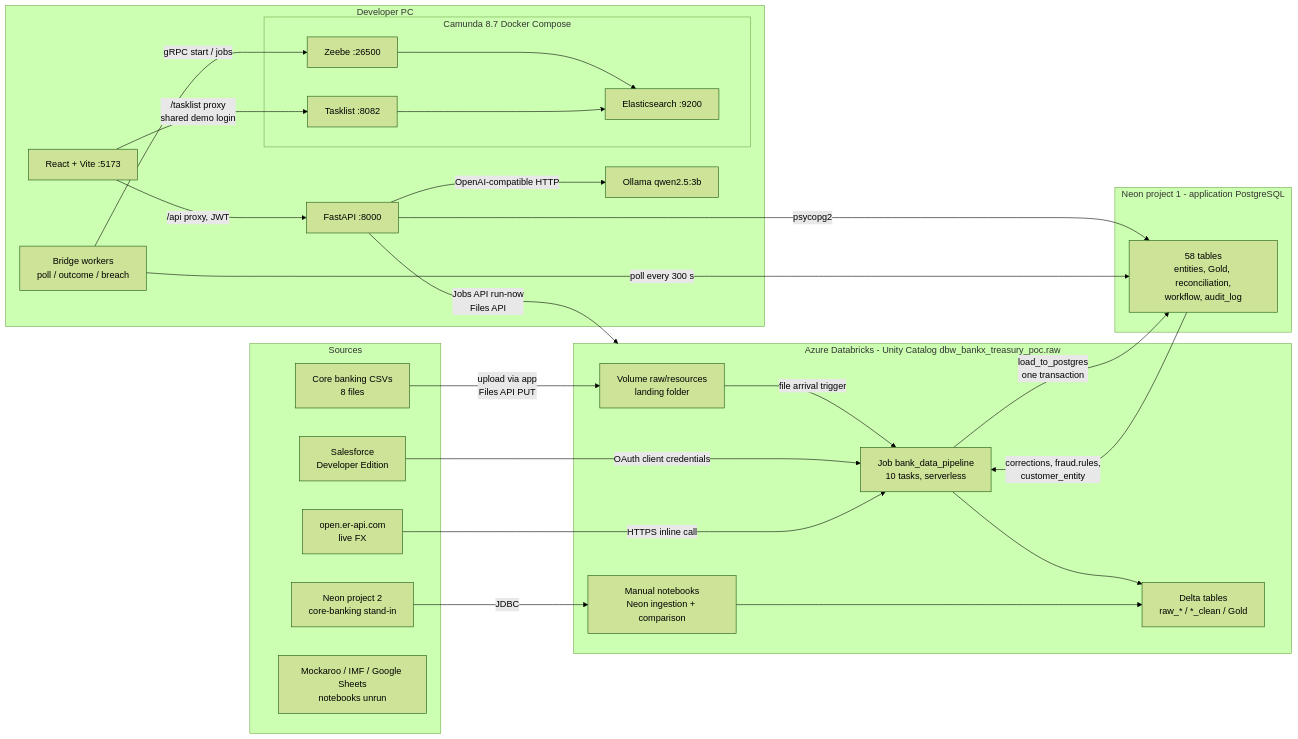
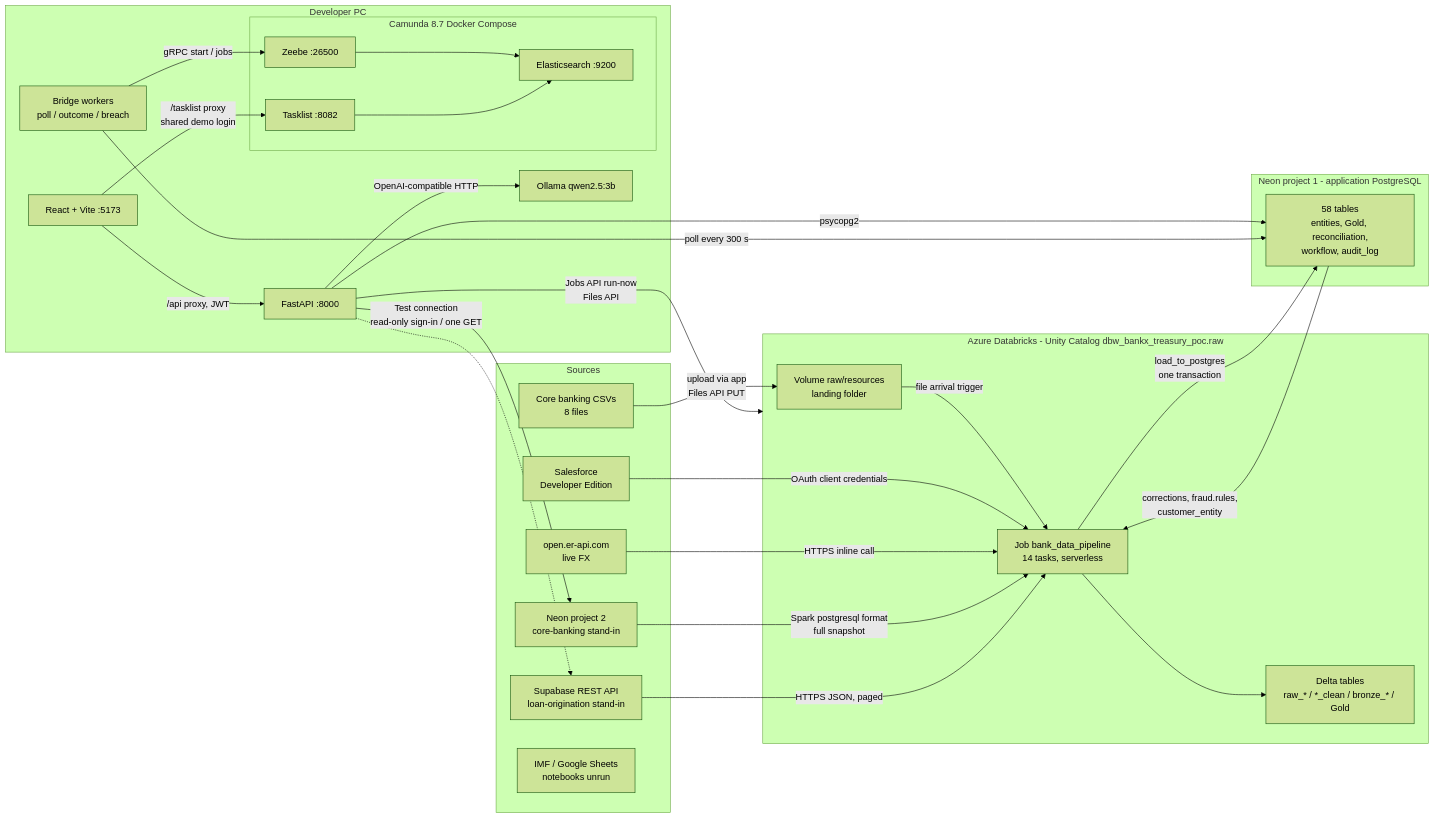
Before and after one commit to aayaan1999/Multi-Source-Treasury-Data-Reconciliation-Verification-Platform: the first of 8 diagrams in project-docs/PLATFORM-TECHNICAL-SPECIFICATION.md, drawn with Mermaid (forest theme). The commit also changed other lines of this file, not shown here.

````diff
--- a/project-docs/PLATFORM-TECHNICAL-SPECIFICATION.md
+++ b/project-docs/PLATFORM-TECHNICAL-SPECIFICATION.md
@@ -193,52 +209,54 @@
 ```mermaid
 flowchart LR
   subgraph SRC["Sources"]
     CSV["Core banking CSVs<br/>8 files"]
     SF["Salesforce<br/>Developer Edition"]
     CORE["Neon project 2<br/>core-banking stand-in"]
+    LOS["Supabase REST API<br/>loan-origination stand-in"]
     FX["open.er-api.com<br/>live FX"]
-    OTH["Mockaroo / IMF / Google Sheets<br/>notebooks unrun"]
+    OTH["IMF / Google Sheets<br/>notebooks unrun"]
   end
 
   subgraph DBX["Azure Databricks - Unity Catalog dbw_bankx_treasury_poc.raw"]
     VOL["Volume raw/resources<br/>landing folder"]
-    JOB["Job bank_data_pipeline<br/>10 tasks, serverless"]
-    DELTA["Delta tables<br/>raw_* / *_clean / Gold"]
-    MAN["Manual notebooks<br/>Neon ingestion + comparison"]
+    JOB["Job bank_data_pipeline<br/>14 tasks, serverless"]
+    DELTA["Delta tables<br/>raw_* / *_clean / bronze_* / Gold"]
   end
 
   subgraph APPDB["Neon project 1 - application PostgreSQL"]
     PG["58 tables<br/>entities, Gold, reconciliation,<br/>workflow, audit_log"]
   end
 
   subgraph APP["Developer PC"]
     API["FastAPI :8000"]
     WEB["React + Vite :5173"]
     LLM["Ollama qwen2.5:3b"]
     BR["Bridge workers<br/>poll / outcome / breach"]
     subgraph CAM["Camunda 8.7 Docker Compose"]
       ZB["Zeebe :26500"]
       TL["Tasklist :8082"]
       ES["Elasticsearch :9200"]
     end
   end
 
   CSV -->|"upload via app<br/>Files API PUT"| VOL
   VOL -->|"file arrival trigger"| JOB
   SF -->|"OAuth client credentials"| JOB
   FX -->|"HTTPS inline call"| JOB
-  CORE -->|"JDBC"| MAN
+  CORE -->|"Spark postgresql format<br/>full snapshot"| JOB
+  LOS -->|"HTTPS JSON, paged"| JOB
   JOB --> DELTA
-  MAN --> DELTA
   JOB -->|"load_to_postgres<br/>one transaction"| PG
   PG -->|"corrections, fraud.rules,<br/>customer_entity"| JOB
   API -->|"psycopg2"| PG
+  API -->|"Test connection<br/>read-only sign-in / one GET"| CORE
+  API -.-> LOS
   API -->|"Jobs API run-now<br/>Files API"| DBX
   API -->|"OpenAI-compatible HTTP"| LLM
   WEB -->|"/api proxy, JWT"| API
   WEB -->|"/tasklist proxy<br/>shared demo login"| TL
   BR -->|"poll every 300 s"| PG
   BR -->|"gRPC start / jobs"| ZB
   ZB --> ES
   TL --> ES
 ```
````
